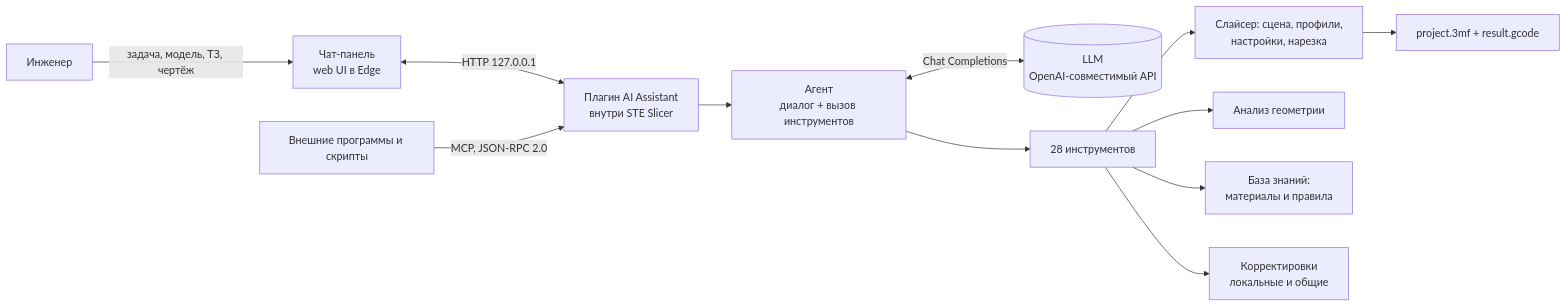
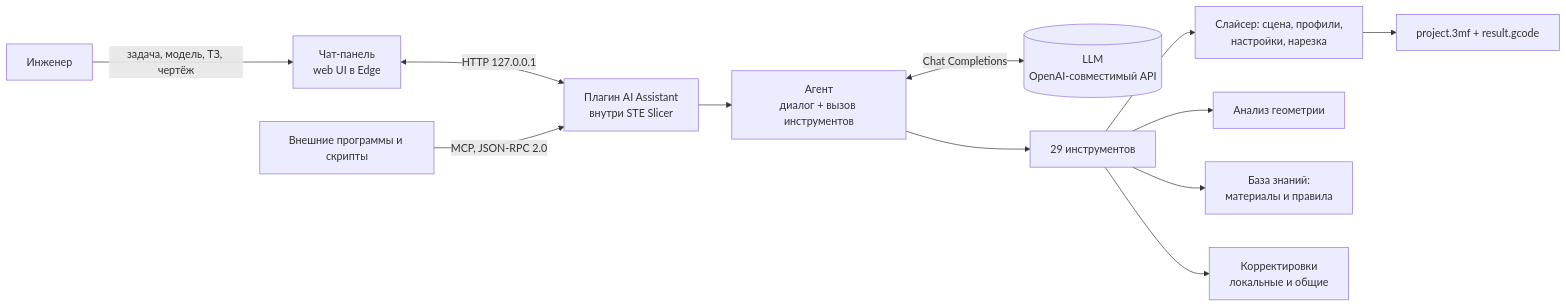
One commit to hikinokomora/MCP-STE-Slicer changed the diagram in README.md. Above: the diagram before and after it, drawn with Mermaid. The commit also changed other lines of this file and 7 other files, not shown here.

````diff
--- a/README.md
+++ b/README.md
@@ -217,14 +217,14 @@
 ```mermaid
 flowchart LR
     U[Инженер] -->|задача, модель, ТЗ, чертёж| UI[Чат-панель<br/>web UI в Edge]
     UI <-->|HTTP 127.0.0.1| P[Плагин AI Assistant<br/>внутри STE Slicer]
     EXT[Внешние программы и скрипты] -->|MCP, JSON-RPC 2.0| P
     P --> A[Агент<br/>диалог + вызов инструментов]
     A <-->|Chat Completions| LLM[(LLM<br/>OpenAI-совместимый API)]
-    A --> T[28 инструментов]
+    A --> T[29 инструментов]
     T --> S[Слайсер: сцена, профили,<br/>настройки, нарезка]
     T --> G[Анализ геометрии]
     T --> K[База знаний:<br/>материалы и правила]
     T --> C[Корректировки<br/>локальные и общие]
     S --> O[project.3mf + result.gcode]
 ```
````
